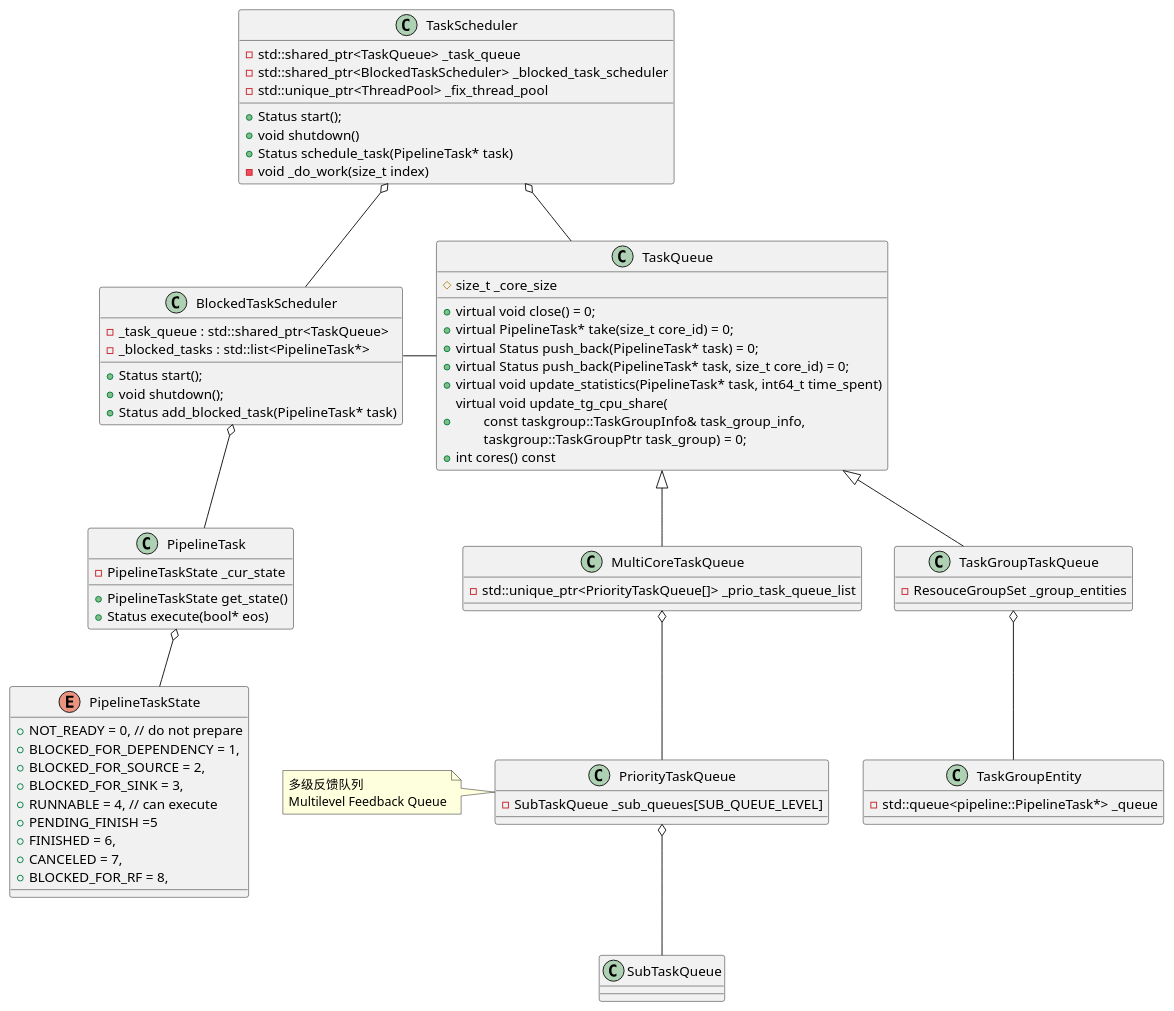
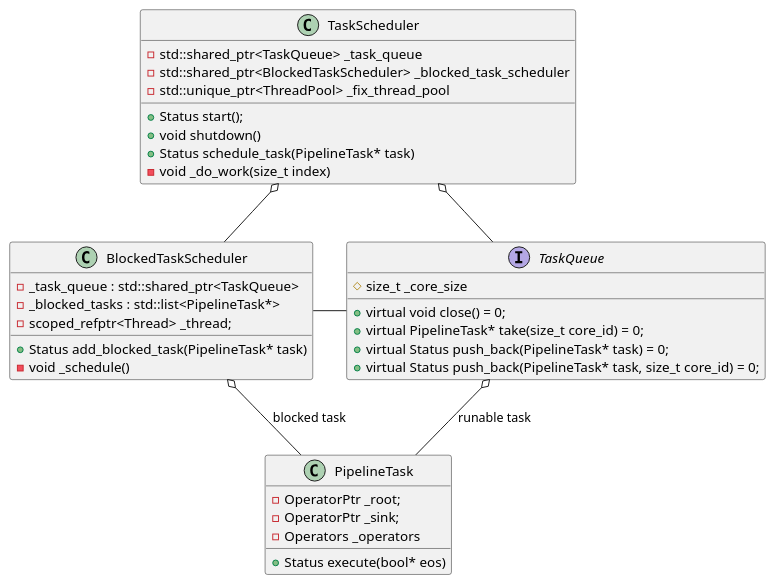
The sixth of 12 diagrams in doc/DB/Doris/SourceRead/11_01_Exec_Pipeline.md (DepInjoy/geektime), drawn with PlantUML before and after one commit. The commit also changed other lines of this file and 1 other file, not shown here.

Commit message:
Doris Pipeline

````diff
--- a/doc/DB/Doris/SourceRead/11_01_Exec_Pipeline.md
+++ b/doc/DB/Doris/SourceRead/11_01_Exec_Pipeline.md
@@ -566,82 +566,46 @@
 ```plantuml
 @startuml
 class TaskScheduler {
  - std::shared_ptr<TaskQueue> _task_queue
  - std::shared_ptr<BlockedTaskScheduler> _blocked_task_scheduler
  - std::unique_ptr<ThreadPool> _fix_thread_pool
+
  + Status start();
  + void shutdown()
  + Status schedule_task(PipelineTask* task)
  - void _do_work(size_t index)
 }
 
-class TaskQueue {
+
+interface TaskQueue {
     # size_t _core_size
 
     + virtual void close() = 0;
     + virtual PipelineTask* take(size_t core_id) = 0;
     + virtual Status push_back(PipelineTask* task) = 0;
     + virtual Status push_back(PipelineTask* task, size_t core_id) = 0;
-    + virtual void update_statistics(PipelineTask* task, int64_t time_spent)
-    + virtual void update_tg_cpu_share(\n\tconst taskgroup::TaskGroupInfo& task_group_info,\n\ttaskgroup::TaskGroupPtr task_group) = 0;
-    + int cores() const
 }
 
 class BlockedTaskScheduler {
     - _task_queue : std::shared_ptr<TaskQueue>
     - _blocked_tasks : std::list<PipelineTask*>
-    + Status start();
-    + void shutdown();
+    - scoped_refptr<Thread> _thread;
     + Status add_blocked_task(PipelineTask* task)
+    - void _schedule()
 }
 
 class PipelineTask {
- - PipelineTaskState _cur_state
- + PipelineTaskState get_state()
- + Status execute(bool* eos)
-}
-
-enum PipelineTaskState {
-    + NOT_READY = 0, // do not prepare
-    + BLOCKED_FOR_DEPENDENCY = 1,
-    + BLOCKED_FOR_SOURCE = 2,
-    + BLOCKED_FOR_SINK = 3,
-    + RUNNABLE = 4, // can execute
-    + PENDING_FINISH =5
-    + FINISHED = 6,
-    + CANCELED = 7,
-    + BLOCKED_FOR_RF = 8,
-}
-
-class MultiCoreTaskQueue {
-    - std::unique_ptr<PriorityTaskQueue[]> _prio_task_queue_list
-}
-class TaskGroupTaskQueue {
-    - ResouceGroupSet _group_entities
-}
-
-class PriorityTaskQueue {
-    -  SubTaskQueue _sub_queues[SUB_QUEUE_LEVEL]
-}
-note left: 多级反馈队列\nMultilevel Feedback Queue
-
-class TaskGroupEntity {
-- std::queue<pipeline::PipelineTask*> _queue
+    - OperatorPtr _root;
+    - OperatorPtr _sink;
+    - Operators _operators
+    + Status execute(bool* eos)
 }
 
 TaskQueue -up-o TaskScheduler
 BlockedTaskScheduler -up-o TaskScheduler
 TaskQueue -left-- BlockedTaskScheduler
 
-PipelineTask -up-o BlockedTaskScheduler
-PipelineTaskState -up-o PipelineTask
-
-MultiCoreTaskQueue -up-|> TaskQueue
-TaskGroupTaskQueue -up-|> TaskQueue
-
-PriorityTaskQueue -up-o MultiCoreTaskQueue
-SubTaskQueue -up-o PriorityTaskQueue
-
-TaskGroupEntity -up-o TaskGroupTaskQueue
+PipelineTask -up-o BlockedTaskScheduler : blocked task
+PipelineTask -up-o TaskQueue : runable task
 @enduml
 ```
````
